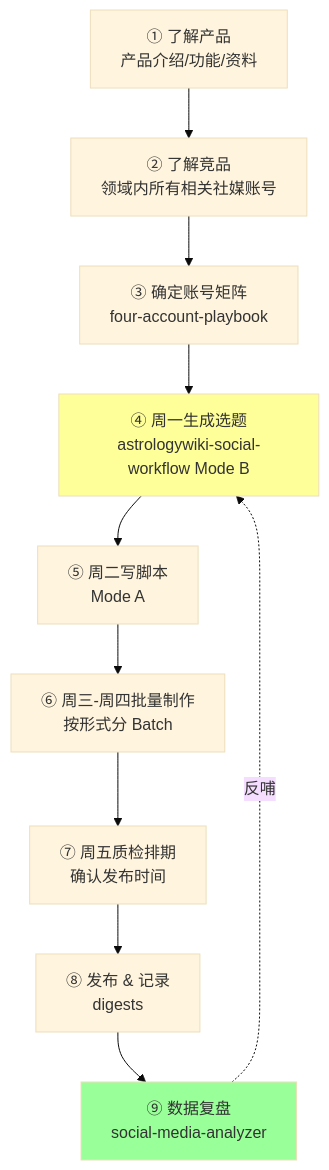
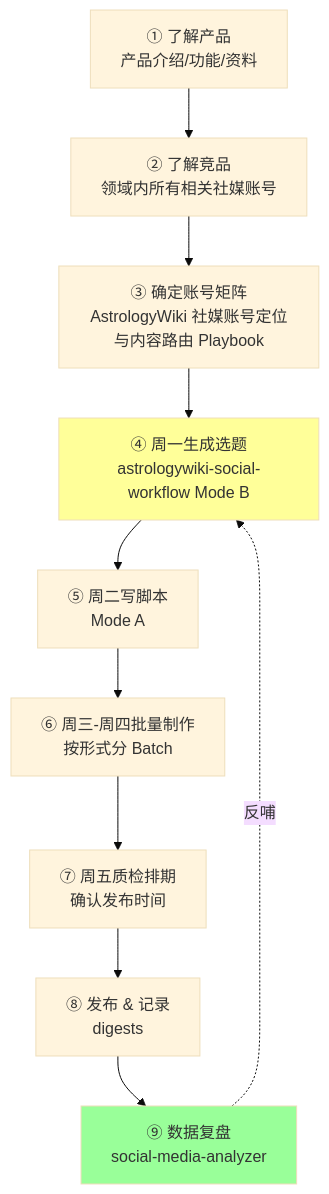
One commit to phananhson733-oss/gengrowth-ops changed the first of 3 diagrams in inbox-pengman/00-inbox/_archived-diagnostics-2026-07/工作流与skill诊断优化方案.md. Above: the diagram before and after it, drawn with Mermaid (base theme). The commit also changed other lines of this file and 130 other files, not shown here.

````diff
--- a/inbox-pengman/00-inbox/_archived-diagnostics-2026-07/工作流与skill诊断优化方案.md
+++ b/inbox-pengman/00-inbox/_archived-diagnostics-2026-07/工作流与skill诊断优化方案.md
@@ -13,15 +15,15 @@
 ```mermaid
 graph TD
     A[① 了解产品<br>产品介绍/功能/资料] --> B[② 了解竞品<br>领域内所有相关社媒账号]
-    B --> C[③ 确定账号矩阵<br>four-account-playbook]
+    B --> C[③ 确定账号矩阵<br>AstrologyWiki 社媒账号定位与内容路由 Playbook]
     C --> D[④ 周一生成选题<br>astrologywiki-social-workflow Mode B]
     D --> E[⑤ 周二写脚本<br>Mode A]
     E --> F[⑥ 周三-周四批量制作<br>按形式分 Batch]
     F --> G[⑦ 周五质检排期<br>确认发布时间]
     G --> H[⑧ 发布 & 记录<br>digests]
     H --> I[⑨ 数据复盘<br>social-media-analyzer]
     I -.->|反哺| D
 
     style I fill:#9f9
     style D fill:#ff9
 ```
````
